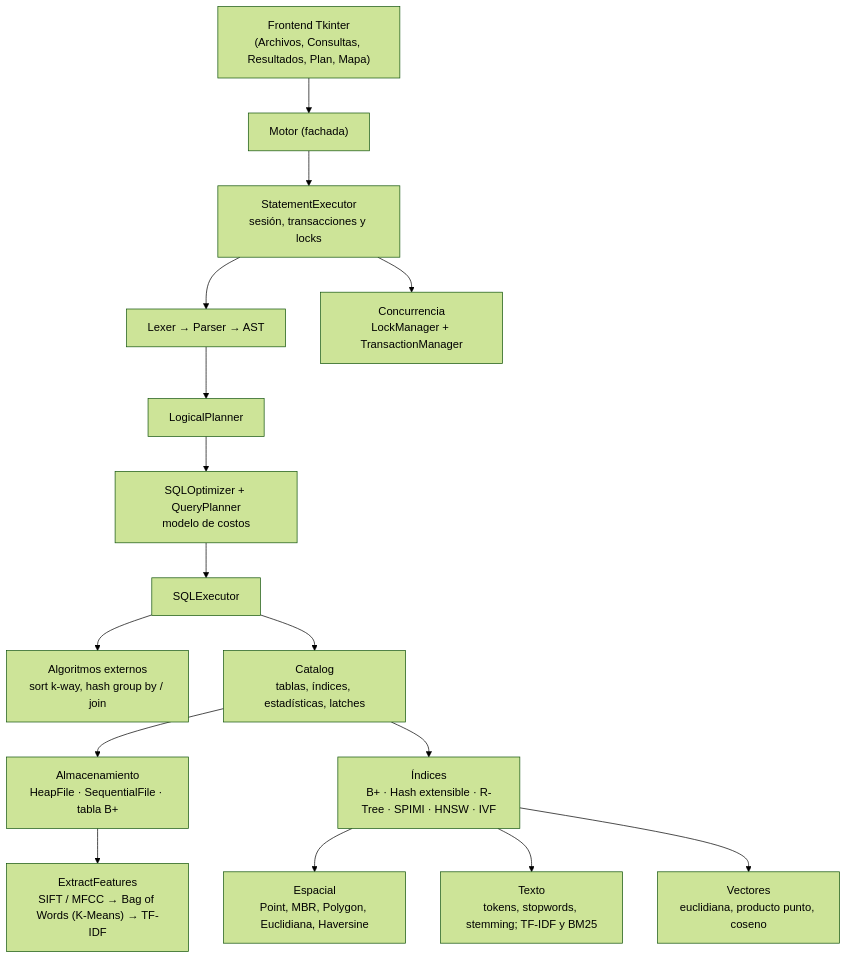
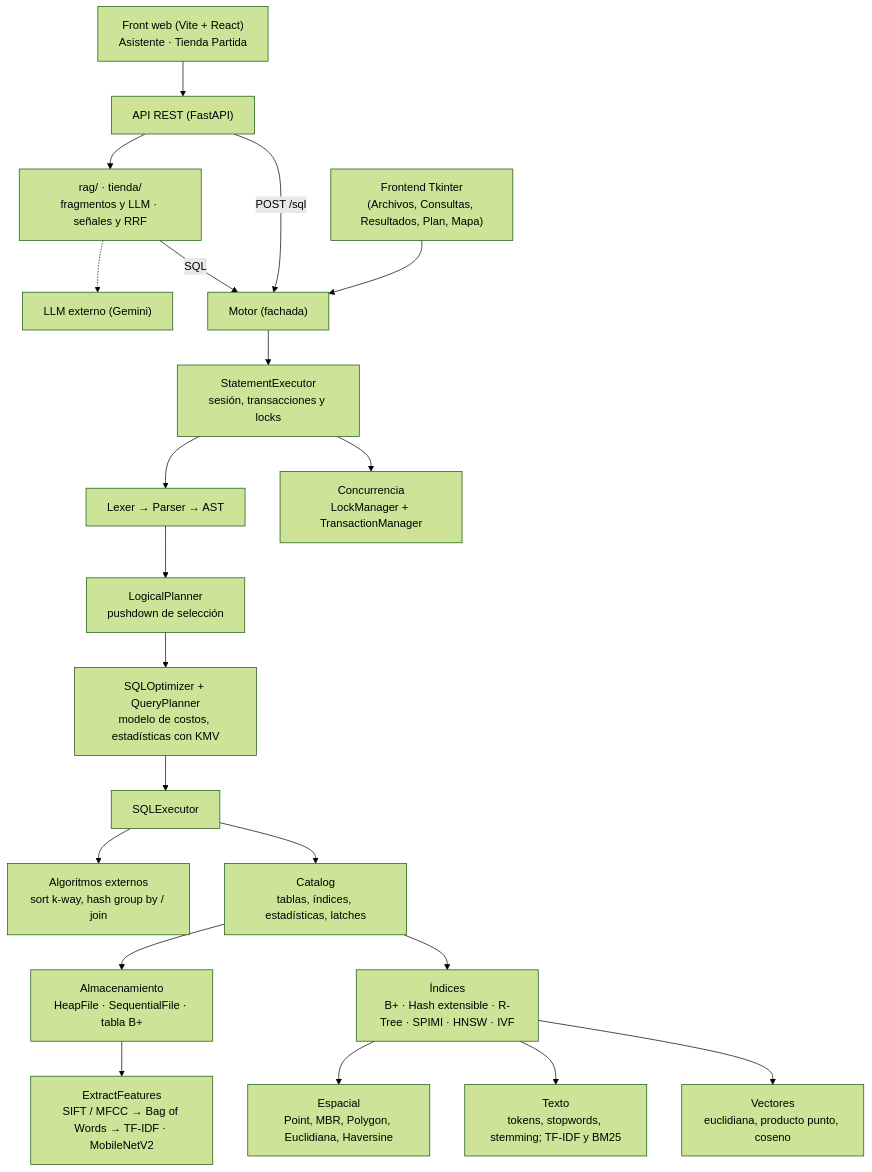
The diagram in README.md (josegc02/Multimodal-tiny-database-engine), drawn with Mermaid (forest theme) before and after one commit. The commit also changed other lines of this file and 1 other file, not shown here.

````diff
--- a/README.md
+++ b/README.md
@@ -256,18 +307,23 @@
 ```mermaid
 flowchart TD
+    WEB["Front web (Vite + React)<br/>Asistente · Tienda Partida"] --> API["API REST (FastAPI)"]
+    API --> APPS["rag/ · tienda/<br/>fragmentos y LLM · señales y RRF"]
+    APPS -.-> LLM["LLM externo (Gemini)"]
+    APPS -->|SQL| M
+    API -->|POST /sql| M
     UI["Frontend Tkinter<br/>(Archivos, Consultas, Resultados, Plan, Mapa)"] --> M["Motor (fachada)"]
     M --> SE["StatementExecutor<br/>sesión, transacciones y locks"]
     SE --> P["Lexer → Parser → AST"]
-    P --> LP["LogicalPlanner"]
-    LP --> OPT["SQLOptimizer + QueryPlanner<br/>modelo de costos"]
+    P --> LP["LogicalPlanner<br/>pushdown de selección"]
+    LP --> OPT["SQLOptimizer + QueryPlanner<br/>modelo de costos, estadísticas con KMV"]
     OPT --> EX["SQLExecutor"]
     EX --> EXT["Algoritmos externos<br/>sort k-way, hash group by / join"]
     EX --> CAT["Catalog<br/>tablas, índices, estadísticas, latches"]
     CAT --> ST["Almacenamiento<br/>HeapFile · SequentialFile · tabla B+"]
     CAT --> IDX["Índices<br/>B+ · Hash extensible · R-Tree · SPIMI · HNSW · IVF"]
     IDX --> SP["Espacial<br/>Point, MBR, Polygon, Euclidiana, Haversine"]
     IDX --> TX["Texto<br/>tokens, stopwords, stemming; TF-IDF y BM25"]
-    ST --> FE["ExtractFeatures<br/>SIFT / MFCC → Bag of Words (K-Means) → TF-IDF"]
+    ST --> FE["ExtractFeatures<br/>SIFT / MFCC → Bag of Words → TF-IDF · MobileNetV2"]
     IDX --> VE["Vectores<br/>euclidiana, producto punto, coseno"]
     SE --> CC["Concurrencia<br/>LockManager + TransactionManager"]
 ```
````
